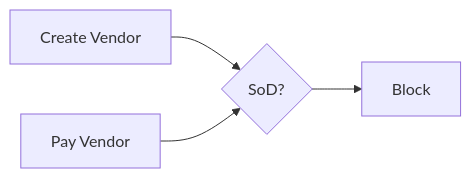
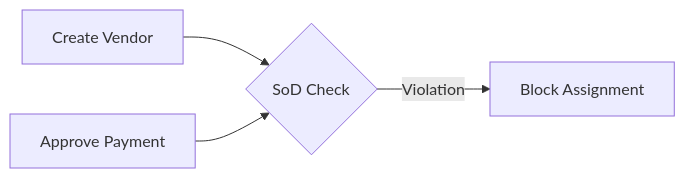
One commit to Devopstrio/identity-governance-framework changed the eighth of 30 diagrams in README.md. Above: the diagram before and after it, drawn with Mermaid. The commit also changed other lines of this file, not shown here.

Commit message:
docs: finalize premium institutional-grade README with 30+ diagrams and executive summary

````diff
--- a/README.md
+++ b/README.md
@@ -78,6 +175,10 @@
 ```mermaid
 graph LR
-    R1[Create Vendor] --> Check{SoD?}
-    R2[Pay Vendor] --> Check
-    Check --> Block[Block]
+    RoleA[Create Vendor]
+    RoleB[Approve Payment]
+    Conflict{SoD Check}
+    
+    RoleA --> Conflict
+    RoleB --> Conflict
+    Conflict -- "Violation" --> Block[Block Assignment]
 ```
````
